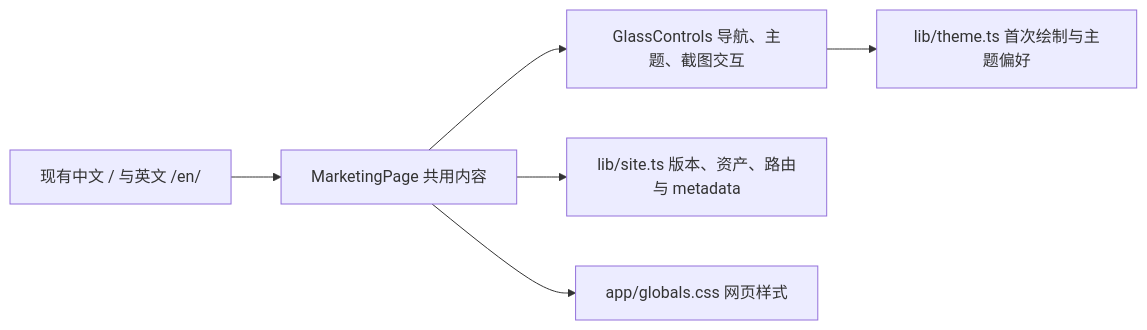
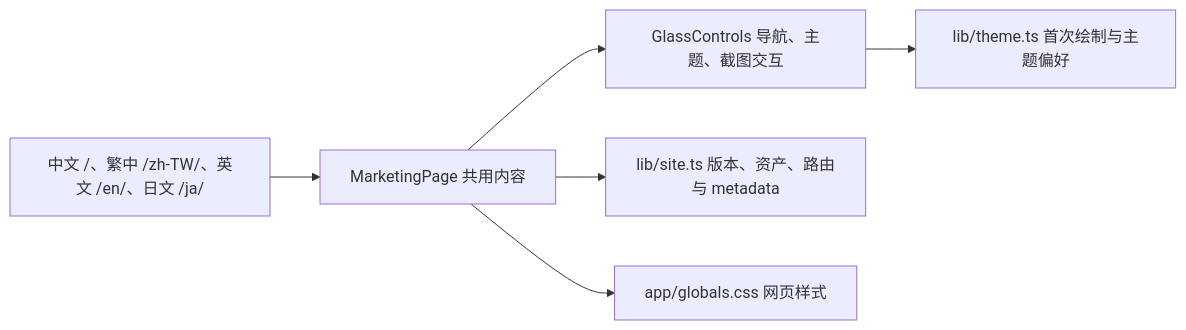
The diagram in website/DESIGN.md (sumingwang233/GameLibrary), drawn with Mermaid before and after one commit. The commit also changed other lines of this file and 20 other files, not shown here.

````diff
--- a/website/DESIGN.md
+++ b/website/DESIGN.md
@@ -346,8 +346,8 @@
 ```mermaid
 flowchart LR
-  A["现有中文 / 与英文 /en/"] --> B["MarketingPage 共用内容"]
+  A["中文 /、繁中 /zh-TW/、英文 /en/、日文 /ja/"] --> B["MarketingPage 共用内容"]
   B --> C["GlassControls 导航、主题、截图交互"]
   B --> D["lib/site.ts 版本、资产、路由与 metadata"]
   C --> E["lib/theme.ts 首次绘制与主题偏好"]
   B --> F["app/globals.css 网页样式"]
 ```
````
